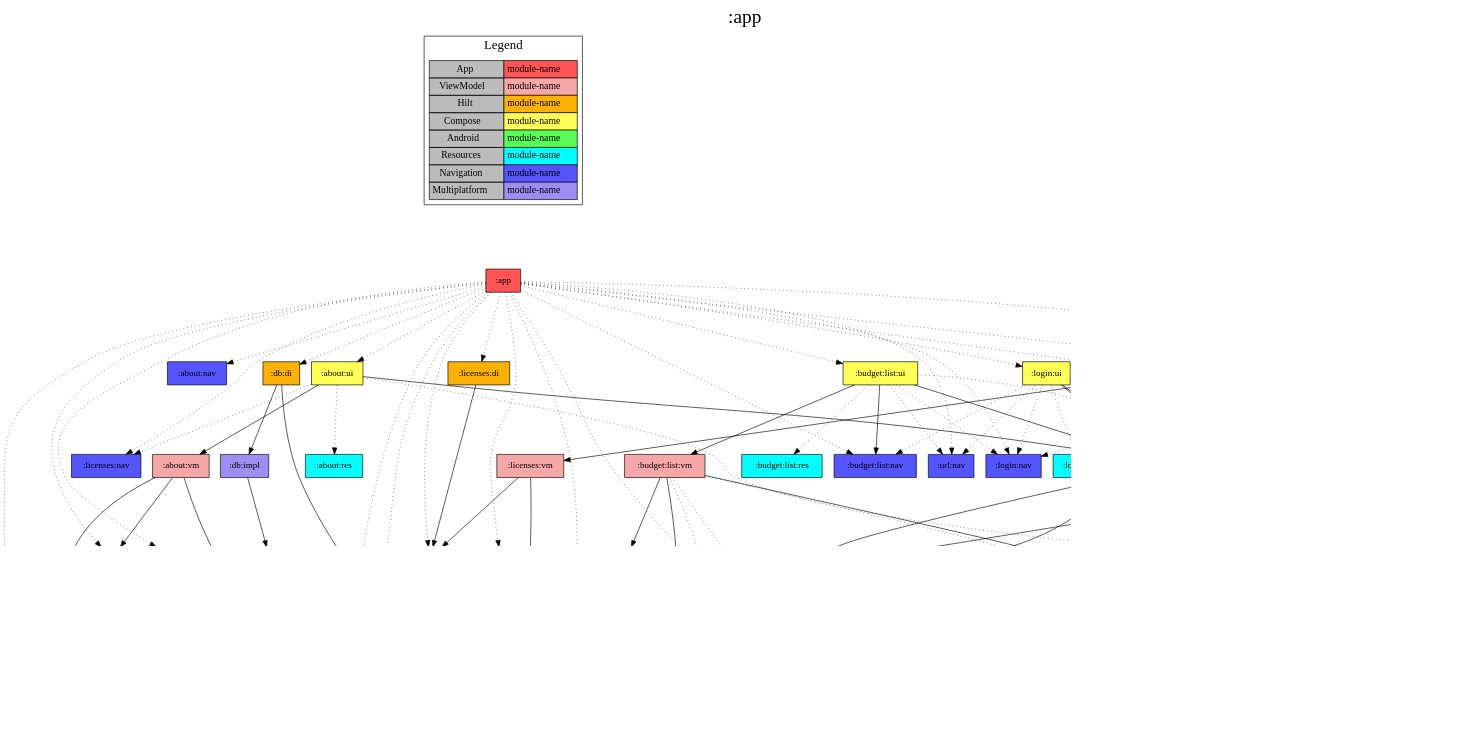
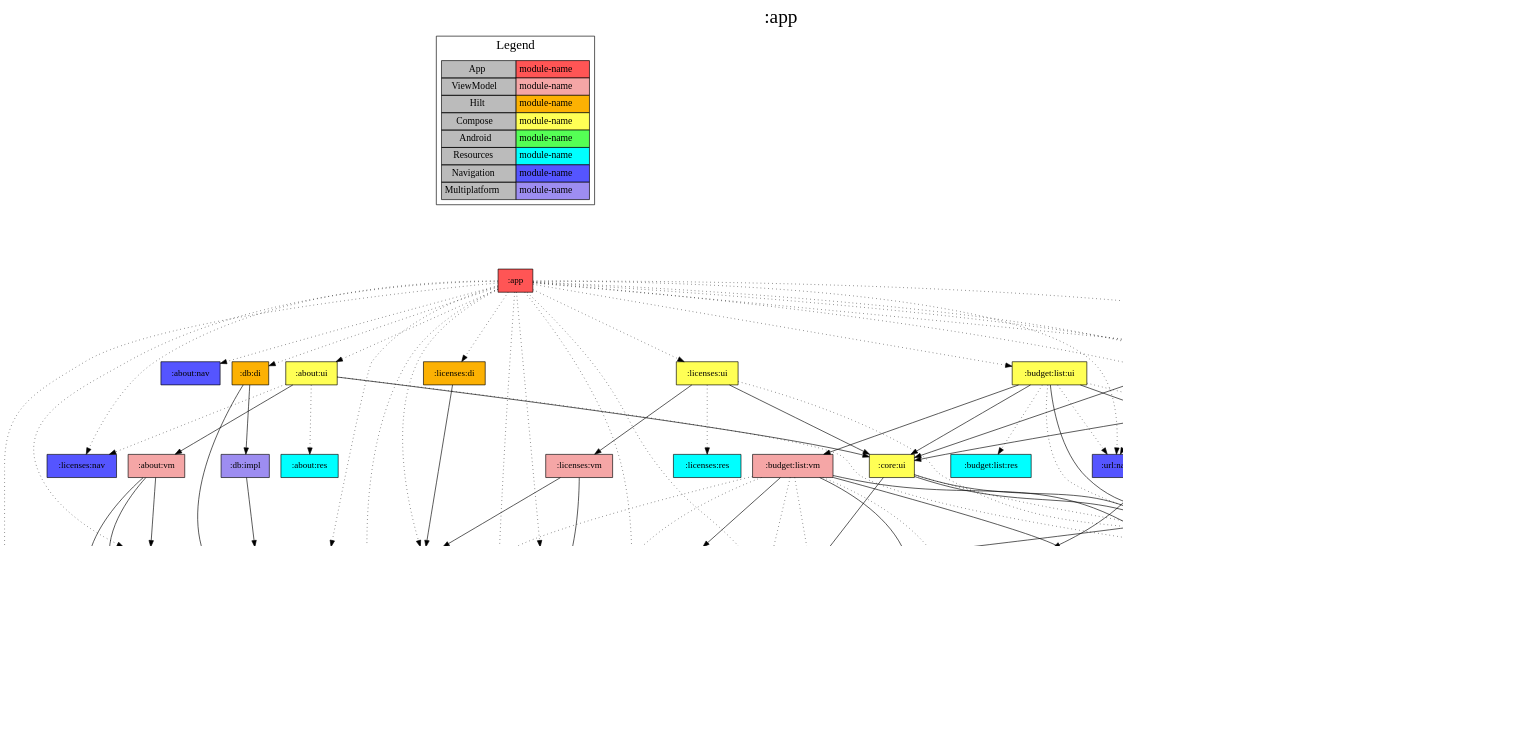
Before and after one commit to jonapoul/aktual: the diagram in app/project-dependency-graph.dot, drawn with Graphviz. The commit also changed 36 other files, not shown here.

```diff
--- a/app/project-dependency-graph.dot
+++ b/app/project-dependency-graph.dot
@@ -1,182 +1,187 @@
 digraph {
 edge ["dir"="forward"]
 graph ["dpi"="100","label"=":app","labelloc"="t","fontsize"="30","ranksep"="1.5","rankdir"="TB"]
 node ["style"="filled"]
 ":app" ["shape"="box","fillcolor"="#FF5555"]
 ":about:data" ["fillcolor"="#9D8DF1","shape"="box"]
 ":api:github" ["fillcolor"="#9D8DF1","shape"="box"]
 ":core:buildconfig" ["fillcolor"="#9D8DF1","shape"="box"]
 ":core:coroutines" ["fillcolor"="#9D8DF1","shape"="box"]
 ":about:nav" ["fillcolor"="#5555FF","shape"="box"]
 ":about:ui" ["fillcolor"="#FFFF55","shape"="box"]
 ":about:vm" ["fillcolor"="#F5A6A6","shape"="box"]
 ":core:log" ["fillcolor"="#9D8DF1","shape"="box"]
 ":core:ui" ["fillcolor"="#FFFF55","shape"="box"]
 ":core:colorscheme" ["fillcolor"="#9D8DF1","shape"="box"]
 ":core:versions" ["fillcolor"="#9D8DF1","shape"="box"]
 ":url:model" ["fillcolor"="#9D8DF1","shape"="box"]
 ":core:res" ["fillcolor"="#00FFFF","shape"="box"]
 ":about:res" ["fillcolor"="#00FFFF","shape"="box"]
 ":licenses:nav" ["fillcolor"="#5555FF","shape"="box"]
 ":api:core" ["fillcolor"="#9D8DF1","shape"="box"]
 ":api:di" ["fillcolor"="#FCB103","shape"="box"]
 ":budget:list:nav" ["fillcolor"="#5555FF","shape"="box"]
+":login:model" ["fillcolor"="#9D8DF1","shape"="box"]
 ":budget:list:ui" ["fillcolor"="#FFFF55","shape"="box"]
 ":budget:list:vm" ["fillcolor"="#F5A6A6","shape"="box"]
 ":core:connection" ["fillcolor"="#9D8DF1","shape"="box"]
 ":api:actual" ["fillcolor"="#9D8DF1","shape"="box"]
-":login:model" ["fillcolor"="#9D8DF1","shape"="box"]
 ":url:prefs" ["fillcolor"="#9D8DF1","shape"="box"]
-":login:prefs" ["fillcolor"="#9D8DF1","shape"="box"]
 ":budget:list:res" ["fillcolor"="#00FFFF","shape"="box"]
 ":login:nav" ["fillcolor"="#5555FF","shape"="box"]
 ":url:nav" ["fillcolor"="#5555FF","shape"="box"]
 ":core:di" ["fillcolor"="#FCB103","shape"="box"]
 ":db:di" ["fillcolor"="#FCB103","shape"="box"]
 ":db:impl" ["fillcolor"="#9D8DF1","shape"="box"]
 ":budget:model" ["fillcolor"="#9D8DF1","shape"="box"]
 ":licenses:data" ["fillcolor"="#9D8DF1","shape"="box"]
 ":licenses:di" ["fillcolor"="#FCB103","shape"="box"]
 ":licenses:ui" ["fillcolor"="#FFFF55","shape"="box"]
 ":licenses:vm" ["fillcolor"="#F5A6A6","shape"="box"]
 ":licenses:res" ["fillcolor"="#00FFFF","shape"="box"]
 ":login:ui" ["fillcolor"="#FFFF55","shape"="box"]
 ":login:vm" ["fillcolor"="#F5A6A6","shape"="box"]
+":login:prefs" ["fillcolor"="#9D8DF1","shape"="box"]
 ":login:res" ["fillcolor"="#00FFFF","shape"="box"]
 ":url:ui" ["fillcolor"="#FFFF55","shape"="box"]
 ":url:vm" ["fillcolor"="#F5A6A6","shape"="box"]
 ":url:res" ["fillcolor"="#00FFFF","shape"="box"]
 {
 edge ["dir"="none"]
 graph ["rank"="same"]
 ":app"
 }
 ":app" -> ":about:data" ["style"="dotted"]
 ":app" -> ":about:nav" ["style"="dotted"]
 ":app" -> ":about:ui" ["style"="dotted"]
 ":app" -> ":api:core" ["style"="dotted"]
 ":app" -> ":api:di" ["style"="dotted"]
 ":app" -> ":budget:list:nav" ["style"="dotted"]
 ":app" -> ":budget:list:ui" ["style"="dotted"]
 ":app" -> ":core:buildconfig" ["style"="dotted"]
 ":app" -> ":core:colorscheme" ["style"="dotted"]
 ":app" -> ":core:coroutines" ["style"="dotted"]
 ":app" -> ":core:di" ["style"="dotted"]
 ":app" -> ":core:log" ["style"="dotted"]
 ":app" -> ":db:di" ["style"="dotted"]
 ":app" -> ":licenses:data" ["style"="dotted"]
 ":app" -> ":licenses:di" ["style"="dotted"]
 ":app" -> ":licenses:nav" ["style"="dotted"]
 ":app" -> ":licenses:ui" ["style"="dotted"]
 ":app" -> ":login:nav" ["style"="dotted"]
 ":app" -> ":login:ui" ["style"="dotted"]
 ":app" -> ":url:nav" ["style"="dotted"]
 ":app" -> ":url:prefs" ["style"="dotted"]
 ":app" -> ":url:ui" ["style"="dotted"]
 ":about:data" -> ":api:github"
 ":about:data" -> ":core:buildconfig"
 ":about:data" -> ":core:coroutines"
 ":about:ui" -> ":about:vm"
 ":about:ui" -> ":core:ui"
 ":about:ui" -> ":about:res" ["style"="dotted"]
 ":about:ui" -> ":core:res" ["style"="dotted"]
 ":about:ui" -> ":licenses:nav" ["style"="dotted"]
 ":about:vm" -> ":about:data"
 ":about:vm" -> ":core:buildconfig"
 ":about:vm" -> ":core:log"
 ":core:ui" -> ":core:colorscheme"
 ":core:ui" -> ":core:versions"
 ":core:ui" -> ":url:model"
 ":core:ui" -> ":core:res" ["style"="dotted"]
 ":core:versions" -> ":core:buildconfig"
 ":api:core" -> ":core:log"
 ":api:core" -> ":url:model"
 ":api:di" -> ":api:github"
 ":api:di" -> ":core:buildconfig"
 ":api:di" -> ":core:log"
 ":api:di" -> ":api:core" ["style"="dotted"]
 ":api:di" -> ":url:model" ["style"="dotted"]
+":budget:list:nav" -> ":login:model"
 ":budget:list:ui" -> ":budget:list:nav"
 ":budget:list:ui" -> ":budget:list:vm"
 ":budget:list:ui" -> ":core:ui"
+":budget:list:ui" -> ":login:model"
 ":budget:list:ui" -> ":budget:list:res" ["style"="dotted"]
 ":budget:list:ui" -> ":core:res" ["style"="dotted"]
 ":budget:list:ui" -> ":login:nav" ["style"="dotted"]
 ":budget:list:ui" -> ":url:nav" ["style"="dotted"]
 ":budget:list:vm" -> ":core:colorscheme"
 ":budget:list:vm" -> ":core:connection"
+":budget:list:vm" -> ":login:model"
 ":budget:list:vm" -> ":url:model"
+":budget:list:vm" -> ":api:actual" ["style"="dotted"]
+":budget:list:vm" -> ":core:coroutines" ["style"="dotted"]
+":budget:list:vm" -> ":core:log" ["style"="dotted"]
 ":budget:list:vm" -> ":core:versions" ["style"="dotted"]
-":budget:list:vm" -> ":login:prefs" ["style"="dotted"]
 ":budget:list:vm" -> ":url:prefs" ["style"="dotted"]
 ":core:connection" -> ":core:buildconfig"
 ":core:connection" -> ":api:actual" ["style"="dotted"]
 ":core:connection" -> ":api:core" ["style"="dotted"]
 ":core:connection" -> ":core:coroutines" ["style"="dotted"]
 ":core:connection" -> ":core:log" ["style"="dotted"]
 ":core:connection" -> ":core:versions" ["style"="dotted"]
 ":core:connection" -> ":url:model" ["style"="dotted"]
 ":core:connection" -> ":url:prefs" ["style"="dotted"]
 ":api:actual" -> ":login:model"
 ":api:actual" -> ":url:model"
 ":url:prefs" -> ":url:model"
-":login:prefs" -> ":login:model"
 ":core:di" -> ":core:coroutines"
 ":core:di" -> ":core:log"
 ":db:di" -> ":core:coroutines"
 ":db:di" -> ":db:impl"
 ":db:impl" -> ":budget:model"
 ":licenses:data" -> ":core:coroutines" ["style"="dotted"]
 ":licenses:di" -> ":licenses:data"
 ":licenses:ui" -> ":core:ui"
 ":licenses:ui" -> ":licenses:vm"
 ":licenses:ui" -> ":core:res" ["style"="dotted"]
 ":licenses:ui" -> ":licenses:res" ["style"="dotted"]
 ":licenses:vm" -> ":core:log"
 ":licenses:vm" -> ":licenses:data"
 ":login:ui" -> ":core:ui"
 ":login:ui" -> ":login:vm"
 ":login:ui" -> ":budget:list:nav" ["style"="dotted"]
 ":login:ui" -> ":core:res" ["style"="dotted"]
 ":login:ui" -> ":login:nav" ["style"="dotted"]
 ":login:ui" -> ":login:res" ["style"="dotted"]
 ":login:ui" -> ":url:nav" ["style"="dotted"]
 ":login:vm" -> ":core:colorscheme"
 ":login:vm" -> ":core:coroutines"
 ":login:vm" -> ":core:log"
 ":login:vm" -> ":login:model"
 ":login:vm" -> ":url:model"
 ":login:vm" -> ":api:actual" ["style"="dotted"]
 ":login:vm" -> ":core:versions" ["style"="dotted"]
 ":login:vm" -> ":login:prefs" ["style"="dotted"]
 ":login:vm" -> ":url:prefs" ["style"="dotted"]
+":login:prefs" -> ":login:model"
 ":url:ui" -> ":core:colorscheme"
 ":url:ui" -> ":core:ui"
 ":url:ui" -> ":url:vm"
 ":url:ui" -> ":core:res" ["style"="dotted"]
 ":url:ui" -> ":login:nav" ["style"="dotted"]
 ":url:ui" -> ":url:res" ["style"="dotted"]
 ":url:vm" -> ":core:colorscheme"
 ":url:vm" -> ":core:coroutines"
 ":url:vm" -> ":core:log"
 ":url:vm" -> ":url:model"
 ":url:vm" -> ":api:actual" ["style"="dotted"]
 ":url:vm" -> ":core:versions" ["style"="dotted"]
 ":url:vm" -> ":url:prefs" ["style"="dotted"]
 subgraph "cluster_legend" {
 edge ["dir"="none"]
 graph ["label"="Legend","fontsize"="20"]
 "Legend" ["style"="filled","fillcolor"="#bbbbbb","shape"="none","margin"="0","fontsize"="15","label"=<
 <TABLE BORDER="0" CELLBORDER="1" CELLSPACING="0" CELLPADDING="4">
 <TR><TD>App</TD><TD BGCOLOR="#FF5555">module-name</TD></TR>
 <TR><TD>ViewModel</TD><TD BGCOLOR="#F5A6A6">module-name</TD></TR>
 <TR><TD>Hilt</TD><TD BGCOLOR="#FCB103">module-name</TD></TR>
 <TR><TD>Compose</TD><TD BGCOLOR="#FFFF55">module-name</TD></TR>
 <TR><TD>Android</TD><TD BGCOLOR="#55FF55">module-name</TD></TR>
 <TR><TD>Resources</TD><TD BGCOLOR="#00FFFF">module-name</TD></TR>
 <TR><TD>Navigation</TD><TD BGCOLOR="#5555FF">module-name</TD></TR>
 <TR><TD>Multiplatform</TD><TD BGCOLOR="#9D8DF1">module-name</TD></TR>
 </TABLE>
 >]
 } -> ":app" ["style"="invis"]
 }
```
